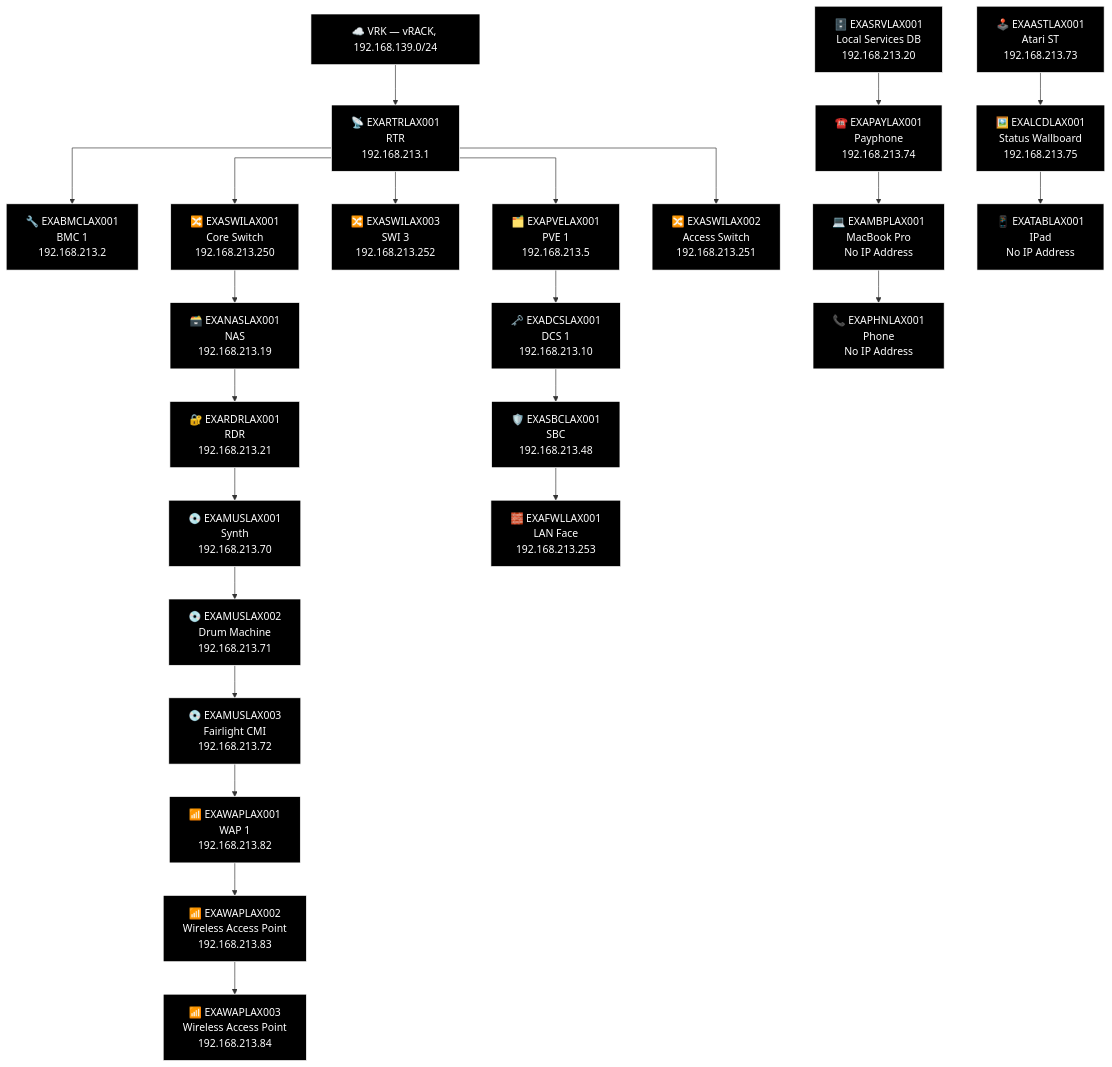
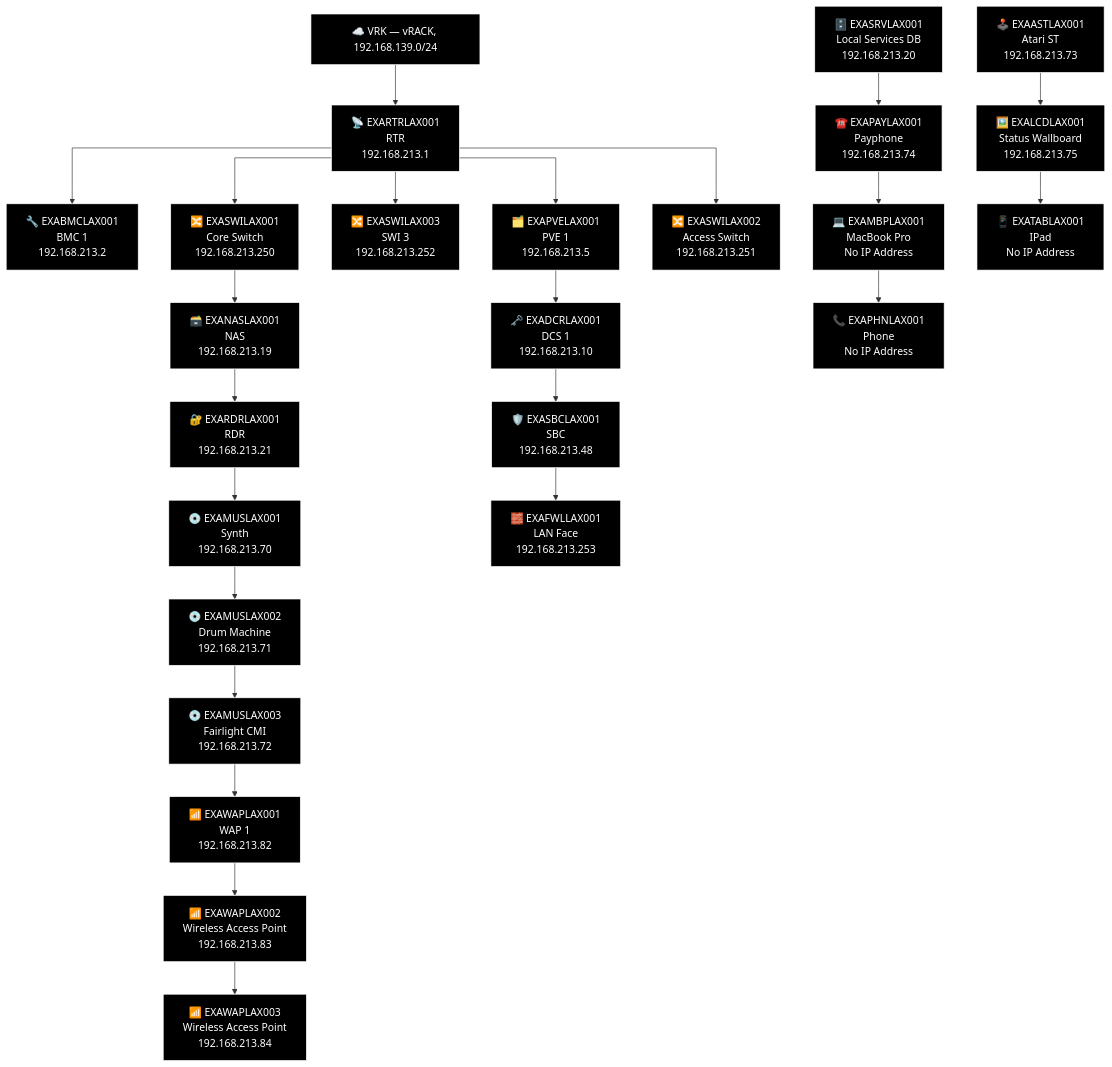
Before and after one commit to knightmare2600/example_music_infra: the third of 19 diagrams in docs/network-diagram/united-states.md, drawn with Mermaid. The commit also changed other lines of this file and 8 other files, not shown here.

````diff
--- a/docs/network-diagram/united-states.md
+++ b/docs/network-diagram/united-states.md
@@ -143,66 +128,66 @@
 ```mermaid
 %% GENERATED:TOPOLOGY:LAX:START
 %%{init: {'flowchart': {'curve': 'stepAfter'}}}%%
 graph TD
     T_VRK["☁️ VRK — vRACK, 192.168.139.0/24"]
     T_RTR["📡 EXARTRLAX001<br/>RTR<br/>192.168.213.1"]
     T_VRK --> T_RTR
     T_BMC["🔧 EXABMCLAX001<br/>BMC 1<br/>192.168.213.2"]
     T_RTR --> T_BMC
     T_PVE["🗂️ EXAPVELAX001<br/>PVE 1<br/>192.168.213.5"]
     T_RTR --> T_PVE
     T_SWI["🔀 EXASWILAX003<br/>SWI 3<br/>192.168.213.252"]
     T_RTR --> T_SWI
     T_SWI2["🔀 EXASWILAX001<br/>Core Switch<br/>192.168.213.250"]
     T_RTR --> T_SWI2
     T_SWI3["🔀 EXASWILAX002<br/>Access Switch<br/>192.168.213.251"]
     T_RTR --> T_SWI3
     T_NAS["🗃️ EXANASLAX001<br/>NAS<br/>192.168.213.19"]
     T_RDR["🔐 EXARDRLAX001<br/>RDR<br/>192.168.213.21"]
     T_MUS["💿 EXAMUSLAX001<br/>Synth<br/>192.168.213.70"]
     T_MUS2["💿 EXAMUSLAX002<br/>Drum Machine<br/>192.168.213.71"]
     T_MUS3["💿 EXAMUSLAX003<br/>Fairlight CMI<br/>192.168.213.72"]
     T_WAP["📶 EXAWAPLAX001<br/>WAP 1<br/>192.168.213.82"]
     T_WAP2["📶 EXAWAPLAX002<br/>Wireless Access Point<br/>192.168.213.83"]
     T_WAP3["📶 EXAWAPLAX003<br/>Wireless Access Point<br/>192.168.213.84"]
     T_SWI2 --> T_NAS --> T_RDR --> T_MUS --> T_MUS2 --> T_MUS3 --> T_WAP --> T_WAP2 --> T_WAP3
-    T_DCS["🗝️ EXADCSLAX001<br/>DCS 1<br/>192.168.213.10"]
+    T_DCS["🗝️ EXADCRLAX001<br/>DCS 1<br/>192.168.213.10"]
     T_SBC["🛡️ EXASBCLAX001<br/>SBC<br/>192.168.213.48"]
     T_FWL["🧱 EXAFWLLAX001<br/>LAN Face<br/>192.168.213.253"]
     T_PVE --> T_DCS --> T_SBC --> T_FWL
     T_SRV["🗄️ EXASRVLAX001<br/>Local Services DB<br/>192.168.213.20"]
     T_AST["🕹️ EXAASTLAX001<br/>Atari ST<br/>192.168.213.73"]
     T_PAY["☎️ EXAPAYLAX001<br/>Payphone<br/>192.168.213.74"]
     T_LCD["🖼️ EXALCDLAX001<br/>Status Wallboard<br/>192.168.213.75"]
     T_MBP["💻 EXAMBPLAX001<br/>MacBook Pro<br/>No IP Address"]
     T_TAB["📱 EXATABLAX001<br/>IPad<br/>No IP Address"]
     T_PHN["📞 EXAPHNLAX001<br/>Phone<br/>No IP Address"]
     T_SRV --> T_PAY --> T_MBP --> T_PHN
     T_AST --> T_LCD --> T_TAB
     style T_VRK fill:#000000,stroke:#FFFFFF,color:#FFFFFF
     style T_RTR fill:#000000,stroke:#FFFFFF,color:#FFFFFF
     style T_BMC fill:#000000,stroke:#FFFFFF,color:#FFFFFF
     style T_PVE fill:#000000,stroke:#FFFFFF,color:#FFFFFF
     style T_SWI fill:#000000,stroke:#FFFFFF,color:#FFFFFF
     style T_SWI2 fill:#000000,stroke:#FFFFFF,color:#FFFFFF
     style T_SWI3 fill:#000000,stroke:#FFFFFF,color:#FFFFFF
     style T_NAS fill:#000000,stroke:#FFFFFF,color:#FFFFFF
     style T_RDR fill:#000000,stroke:#FFFFFF,color:#FFFFFF
     style T_MUS fill:#000000,stroke:#FFFFFF,color:#FFFFFF
     style T_MUS2 fill:#000000,stroke:#FFFFFF,color:#FFFFFF
     style T_MUS3 fill:#000000,stroke:#FFFFFF,color:#FFFFFF
     style T_WAP fill:#000000,stroke:#FFFFFF,color:#FFFFFF
     style T_WAP2 fill:#000000,stroke:#FFFFFF,color:#FFFFFF
     style T_WAP3 fill:#000000,stroke:#FFFFFF,color:#FFFFFF
     style T_DCS fill:#000000,stroke:#FFFFFF,color:#FFFFFF
     style T_SBC fill:#000000,stroke:#FFFFFF,color:#FFFFFF
     style T_FWL fill:#000000,stroke:#FFFFFF,color:#FFFFFF
     style T_SRV fill:#000000,stroke:#FFFFFF,color:#FFFFFF
     style T_AST fill:#000000,stroke:#FFFFFF,color:#FFFFFF
     style T_PAY fill:#000000,stroke:#FFFFFF,color:#FFFFFF
     style T_LCD fill:#000000,stroke:#FFFFFF,color:#FFFFFF
     style T_MBP fill:#000000,stroke:#FFFFFF,color:#FFFFFF
     style T_TAB fill:#000000,stroke:#FFFFFF,color:#FFFFFF
     style T_PHN fill:#000000,stroke:#FFFFFF,color:#FFFFFF
 %% GENERATED:TOPOLOGY:LAX:END
 ```
````
